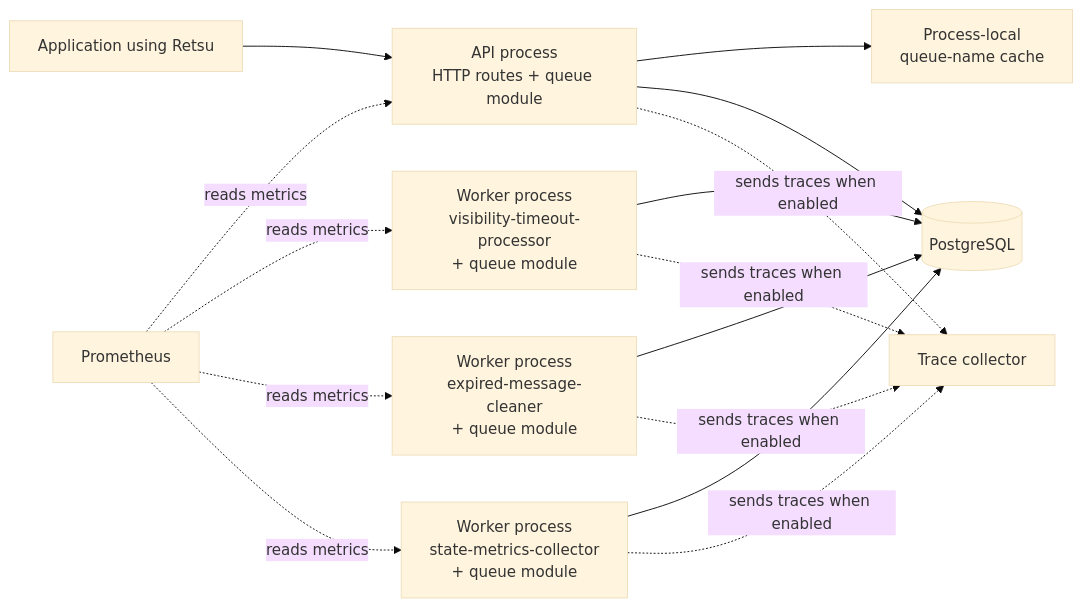
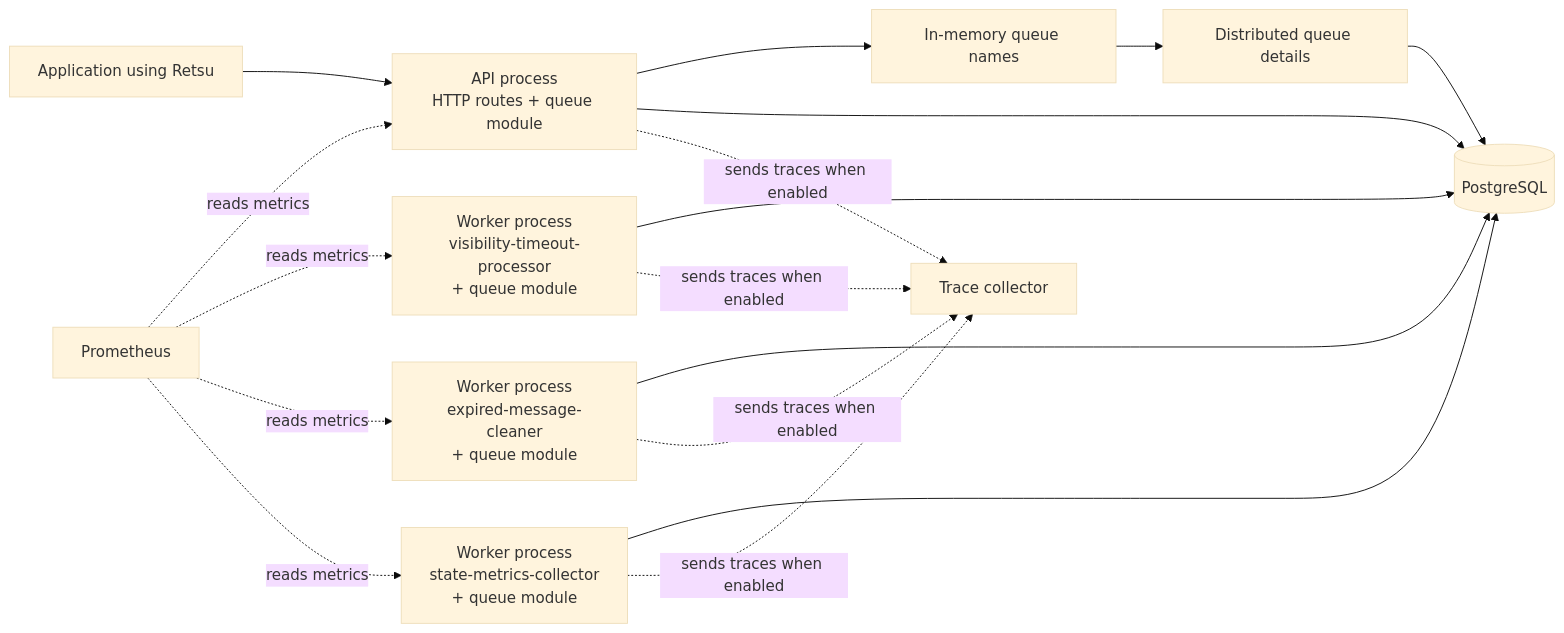
One commit to karanbalani/retsu changed the first of 2 diagrams in docs/architecture.md. Above: the diagram before and after it, drawn with Mermaid (base theme). The commit also changed other lines of this file and 55 other files, not shown here.

Commit message:
feat: distributed cache and update queue api

````diff
--- a/docs/architecture.md
+++ b/docs/architecture.md
@@ -9,17 +9,19 @@
 ```mermaid
 flowchart LR
     Client["Application using Retsu"] --> API["API process<br/>HTTP routes + queue module"]
-    API --> Cache["Process-local<br/>queue-name cache"]
-    Timeout["Worker process<br/>visibility-timeout-processor<br/>+ queue module"] --> Database[("PostgreSQL")]
+    API --> Memory["In-memory queue names"]
+    Memory --> Distributed["Distributed queue details"]
+    Distributed --> Database[("PostgreSQL")]
+    Timeout["Worker process<br/>visibility-timeout-processor<br/>+ queue module"] --> Database
     Cleaner["Worker process<br/>expired-message-cleaner<br/>+ queue module"] --> Database
     State["Worker process<br/>state-metrics-collector<br/>+ queue module"] --> Database
     API --> Database
     Prometheus["Prometheus"] -. "reads metrics" .-> API
     Prometheus -. "reads metrics" .-> Timeout
     Prometheus -. "reads metrics" .-> Cleaner
     Prometheus -. "reads metrics" .-> State
     API -. "sends traces when enabled" .-> Collector["Trace collector"]
     Timeout -. "sends traces when enabled" .-> Collector
     Cleaner -. "sends traces when enabled" .-> Collector
     State -. "sends traces when enabled" .-> Collector
 ```
````
